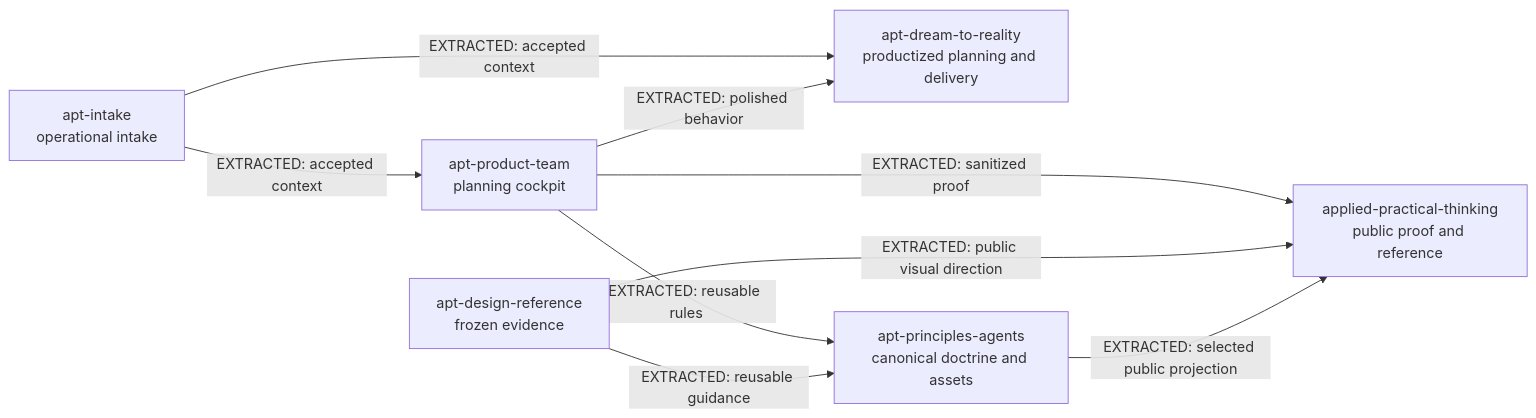
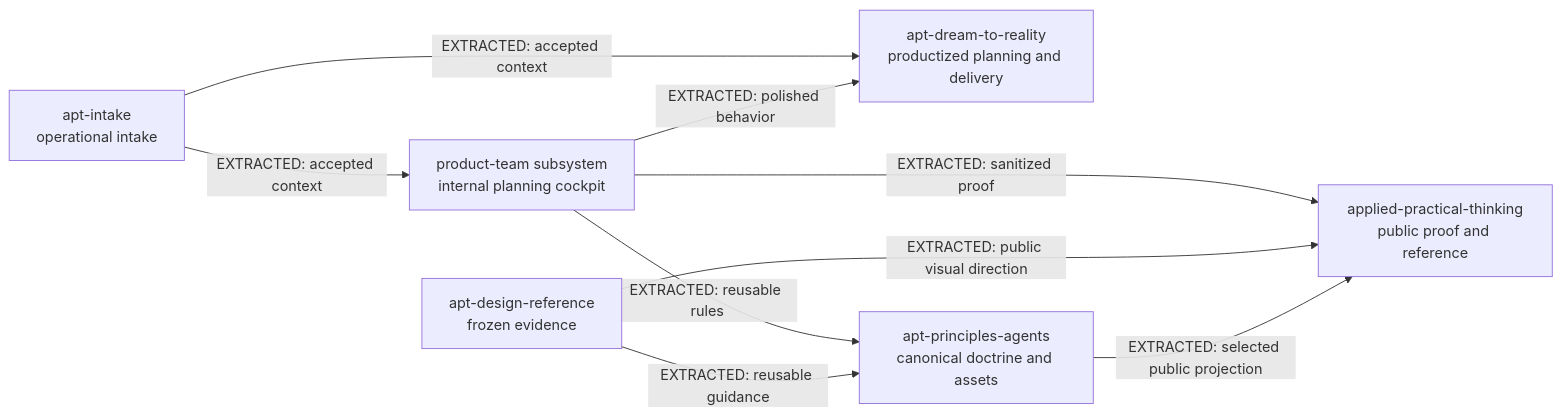
The first of 4 diagrams in docs/diagrams/apt-portfolio-knowledge-system.md (adthomps/apt-principles-agents), drawn with Mermaid before and after one commit. The commit also changed other lines of this file and 290 other files, not shown here.

````diff
--- a/docs/diagrams/apt-portfolio-knowledge-system.md
+++ b/docs/diagrams/apt-portfolio-knowledge-system.md
@@ -17,11 +17,11 @@
 ```mermaid
 flowchart LR
-    Intake[apt-intake<br/>operational intake] -->|EXTRACTED: accepted context| Product[apt-product-team<br/>planning cockpit]
+    Intake[apt-intake<br/>operational intake] -->|EXTRACTED: accepted context| Product[product-team subsystem<br/>internal planning cockpit]
     Intake -->|EXTRACTED: accepted context| Dream[apt-dream-to-reality<br/>productized planning and delivery]
     Product -->|EXTRACTED: reusable rules| Doctrine[apt-principles-agents<br/>canonical doctrine and assets]
     Product -->|EXTRACTED: polished behavior| Dream
     Product -->|EXTRACTED: sanitized proof| Public[applied-practical-thinking<br/>public proof and reference]
     Design[apt-design-reference<br/>frozen evidence] -->|EXTRACTED: reusable guidance| Doctrine
     Design -->|EXTRACTED: public visual direction| Public
     Doctrine -->|EXTRACTED: selected public projection| Public
 ```
````
